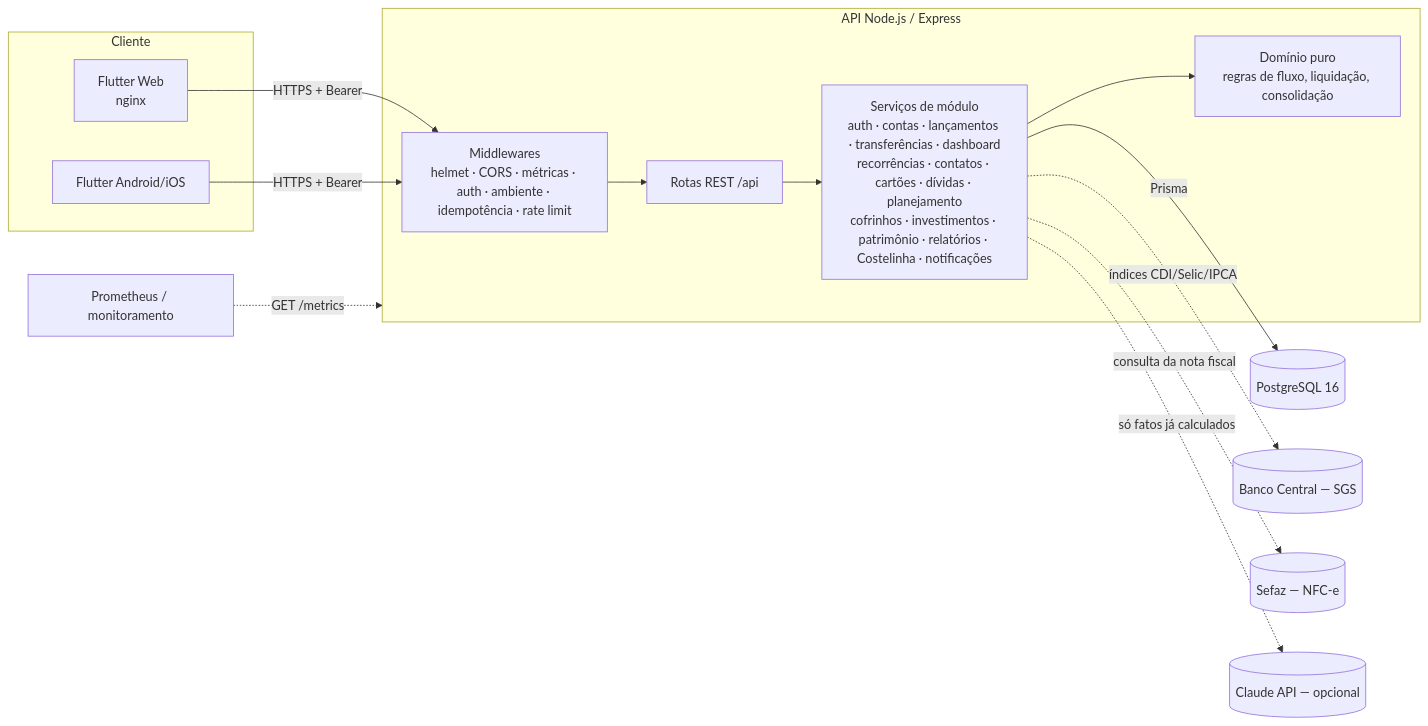
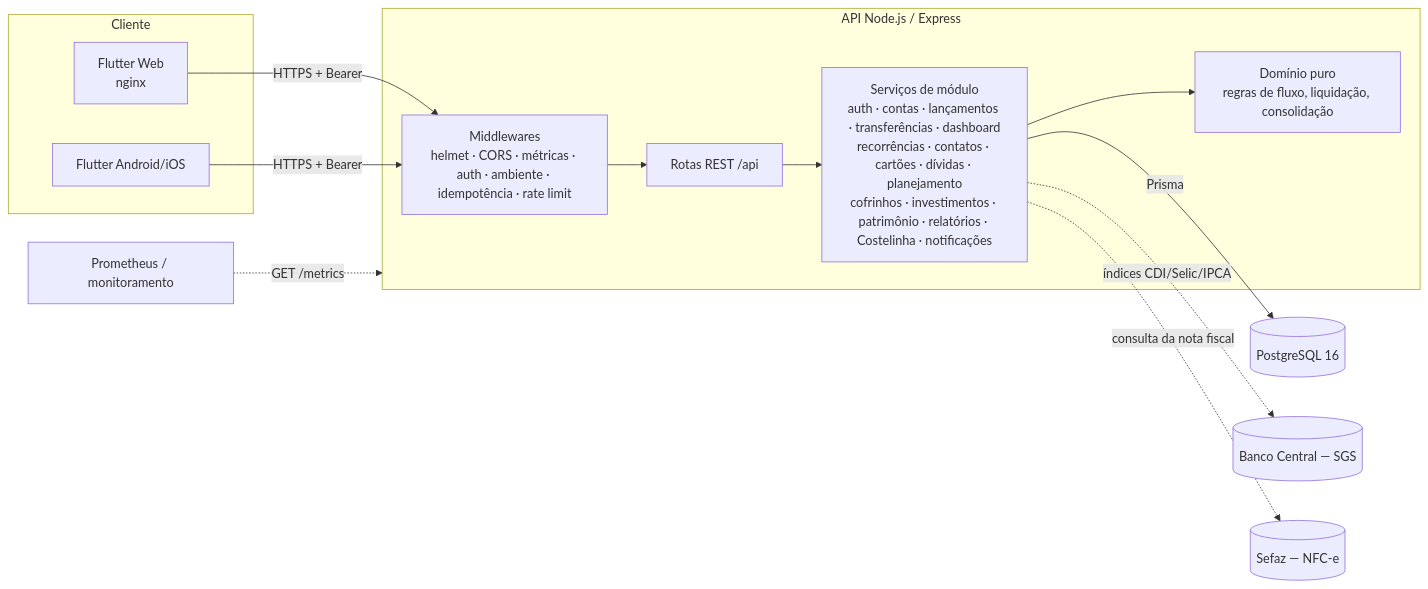
One commit to Isadora-Correa/Hoink changed the first of 2 diagrams in docs/ARCHITECTURE.md. Above: the diagram before and after it, drawn with Mermaid. The commit also changed other lines of this file and 14 other files, not shown here.

````diff
--- a/docs/ARCHITECTURE.md
+++ b/docs/ARCHITECTURE.md
@@ -5,27 +5,25 @@
 ```mermaid
 flowchart LR
   subgraph Cliente
     W[Flutter Web<br/>nginx]
     M[Flutter Android/iOS]
   end
   subgraph API[API Node.js / Express]
     MW[Middlewares<br/>helmet · CORS · métricas · auth · ambiente · idempotência · rate limit]
     R[Rotas REST /api]
     S[Serviços de módulo<br/>auth · contas · lançamentos · transferências · dashboard<br/>recorrências · contatos · cartões · dívidas · planejamento<br/>cofrinhos · investimentos · patrimônio · relatórios · Costelinha · notificações]
     D[Domínio puro<br/>regras de fluxo, liquidação, consolidação]
   end
   DB[(PostgreSQL 16)]
   P[Prometheus / monitoramento]
   BCB[(Banco Central — SGS)]
   SEF[(Sefaz — NFC-e)]
-  AI[(Claude API — opcional)]
 
   W -- HTTPS + Bearer --> MW
   M -- HTTPS + Bearer --> MW
   MW --> R --> S --> D
   S -- Prisma --> DB
   P -. GET /metrics .-> API
   S -. índices CDI/Selic/IPCA .-> BCB
   S -. consulta da nota fiscal .-> SEF
-  S -. só fatos já calculados .-> AI
 ```
````
